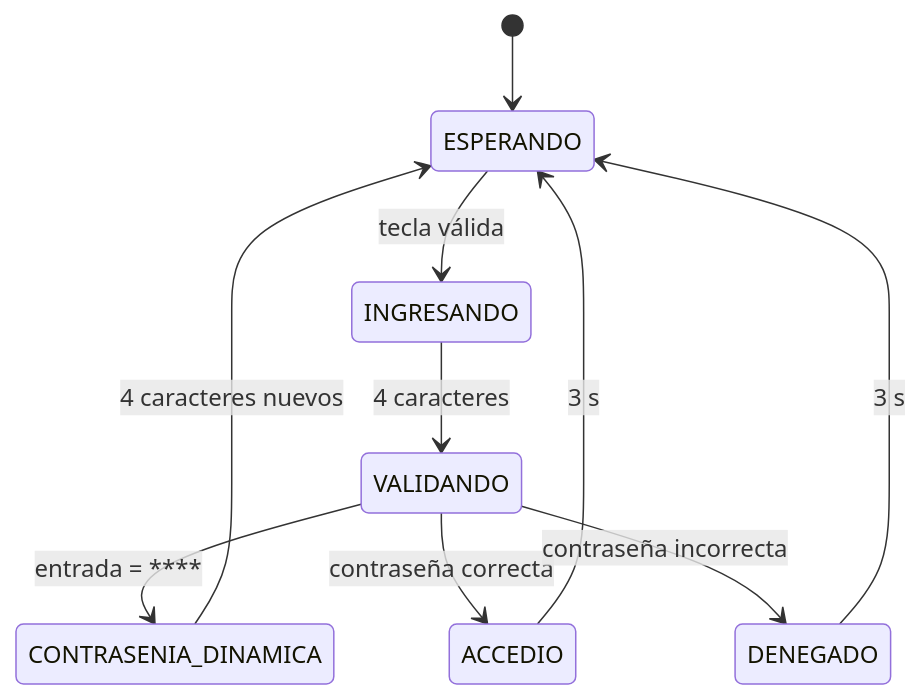
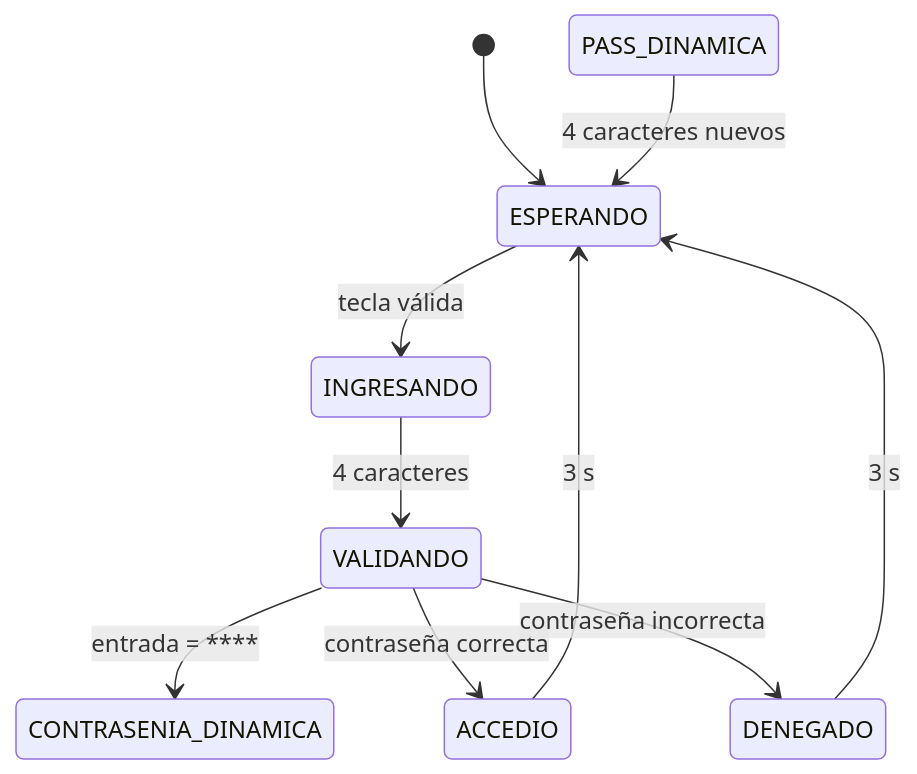
Before and after one commit to valentinavilla193/access_system: the first of 3 diagrams in Reto_2_Sistema_Acceso_STM32F407/docs/diagramas_estados.md, drawn with Mermaid. The commit also changed other lines of this file, not shown here.

Commit message:
'PASS_DINAMICA'

````diff
--- a/Reto_2_Sistema_Acceso_STM32F407/docs/diagramas_estados.md
+++ b/Reto_2_Sistema_Acceso_STM32F407/docs/diagramas_estados.md
@@ -5,16 +5,16 @@
 ```mermaid
 stateDiagram-v2
     [*] --> ESPERANDO
 
     ESPERANDO --> INGRESANDO: tecla válida
     INGRESANDO --> VALIDANDO: 4 caracteres
 
     VALIDANDO --> CONTRASENIA_DINAMICA: entrada = ****
     VALIDANDO --> ACCEDIO: contraseña correcta
     VALIDANDO --> DENEGADO: contraseña incorrecta
 
-    CONTRASENIA_DINAMICA --> ESPERANDO: 4 caracteres nuevos
+    PASS_DINAMICA --> ESPERANDO: 4 caracteres nuevos
 
     ACCEDIO --> ESPERANDO: 3 s
     DENEGADO --> ESPERANDO: 3 s
 ```
````
